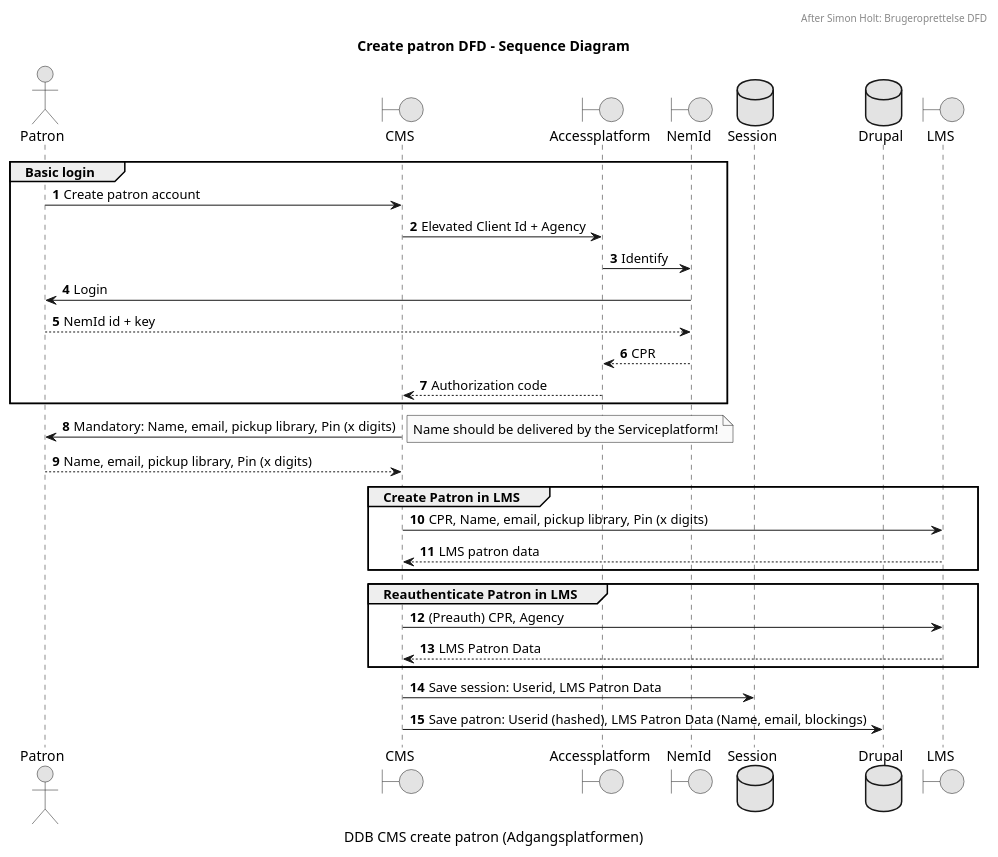
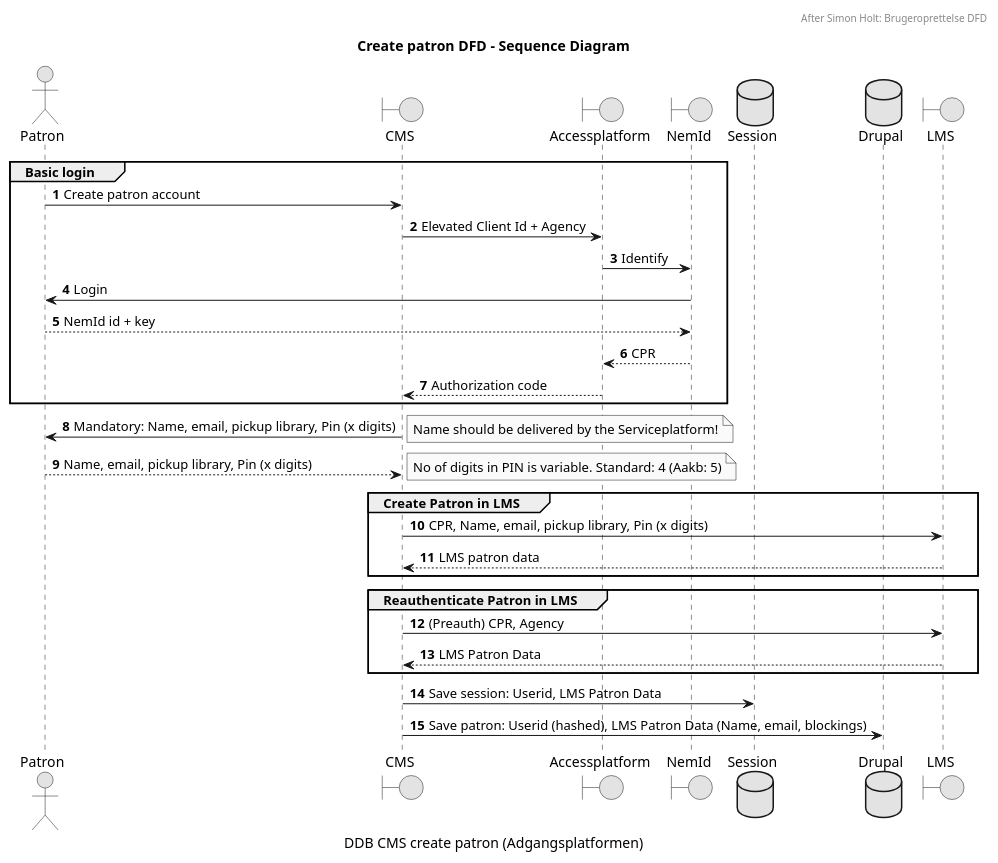
The diagram in docs/sso/create-patron-dfd.puml (danskernesdigitalebibliotek/plantuml), drawn with PlantUML before and after one commit.

Commit message:
Update create-patron-dfd.puml
Note on PIN length

```diff
--- a/docs/sso/create-patron-dfd.puml
+++ b/docs/sso/create-patron-dfd.puml
@@ -1,50 +1,55 @@
 @startuml
 title Create patron DFD - Sequence Diagram
 header After Simon Holt: Brugeroprettelse DFD
 caption DDB CMS create patron (Adgangsplatformen)
 
-' Skinparams
+' Skinparams '
 skinparam monochrome true
 autonumber
 
 
 actor "Patron" as USER
 boundary CMS
 boundary Accessplatform as AP
 boundary NemId as NEMID
 'control "Shopping Cart" as SC
 database "Session" as SESSION
 database "Drupal" as DRUPAL
 boundary LMS
 '"Library\nManagemt\nSystem" as LMS
 
 
 group Basic login
+
     USER -> CMS: Create patron account
     CMS -> AP: Elevated Client Id + Agency
     AP -> NEMID: Identify
     NEMID -> USER: Login
     NEMID <-- USER: NemId id + key
     AP <-- NEMID: CPR
     CMS <-- AP: Authorization code
 end
 
+
     CMS -> USER: Mandatory: Name, email, pickup library, Pin (x digits)
     note right
         Name should be delivered by the Serviceplatform!
     end note
     CMS <-- USER: Name, email, pickup library, Pin (x digits)
+    note right
+        No of digits in PIN is variable. Standard: 4 (Aakb: 5)
+    end note
 
 group Create Patron in LMS
     CMS -> LMS: CPR, Name, email, pickup library, Pin (x digits)
     CMS <-- LMS: LMS patron data
 end
 group Reauthenticate Patron in LMS
     CMS -> LMS: (Preauth) CPR, Agency
     CMS <-- LMS: LMS Patron Data
 end
 
 CMS -> SESSION: Save session: Userid, LMS Patron Data
 CMS -> DRUPAL: Save patron: Userid (hashed), LMS Patron Data (Name, email, blockings)
 
 @enduml
```
